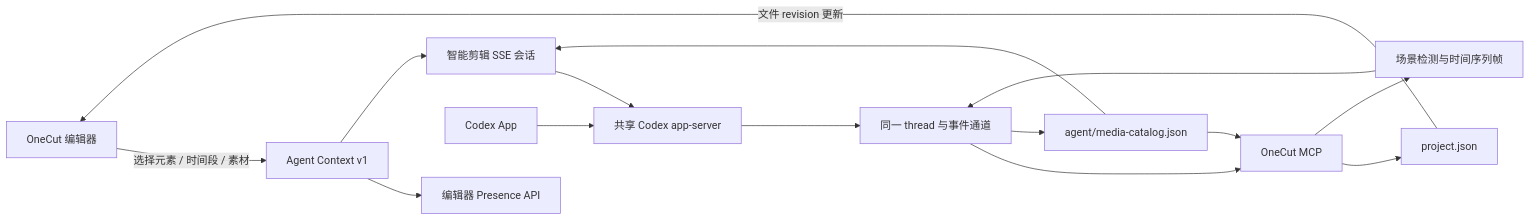
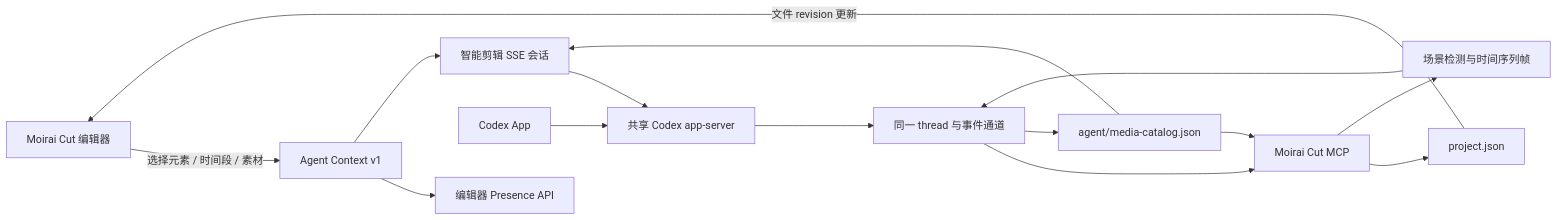
One commit to zvv1999/moirai-cut changed the diagram in docs/agent-smart-edit.md. Above: the diagram before and after it, drawn with Mermaid. The commit also changed other lines of this file and 177 other files, not shown here.

Commit message:
feat: launch Moirai Cut developer preview

````diff
--- a/docs/agent-smart-edit.md
+++ b/docs/agent-smart-edit.md
@@ -9,17 +22,17 @@
 ```mermaid
 flowchart LR
-  UI["OneCut 编辑器"] -->|"选择元素 / 时间段 / 素材"| Context["Agent Context v1"]
+  UI["Moirai Cut 编辑器"] -->|"选择元素 / 时间段 / 素材"| Context["Agent Context v1"]
   Context --> Presence["编辑器 Presence API"]
   Context --> Chat["智能剪辑 SSE 会话"]
   Chat --> Host["共享 Codex app-server"]
   App["Codex App"] --> Host
   Host --> Codex["同一 thread 与事件通道"]
-  Codex --> MCP["OneCut MCP"]
+  Codex --> MCP["Moirai Cut MCP"]
   MCP --> Project["project.json"]
   Project -->|"文件 revision 更新"| UI
   MCP --> Frames["场景检测与时间序列帧"]
   Frames --> Codex
   Codex --> Catalog["agent/media-catalog.json"]
   Catalog --> Chat
   Catalog --> MCP
 ```
````
